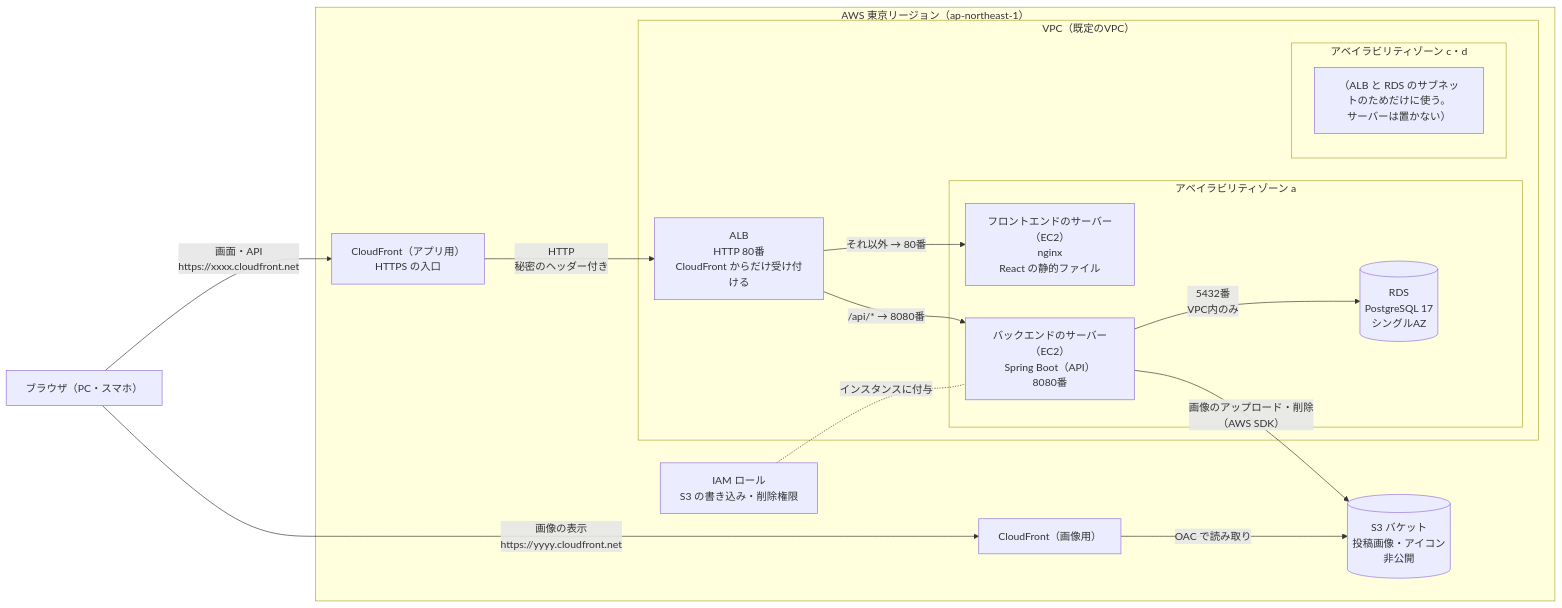
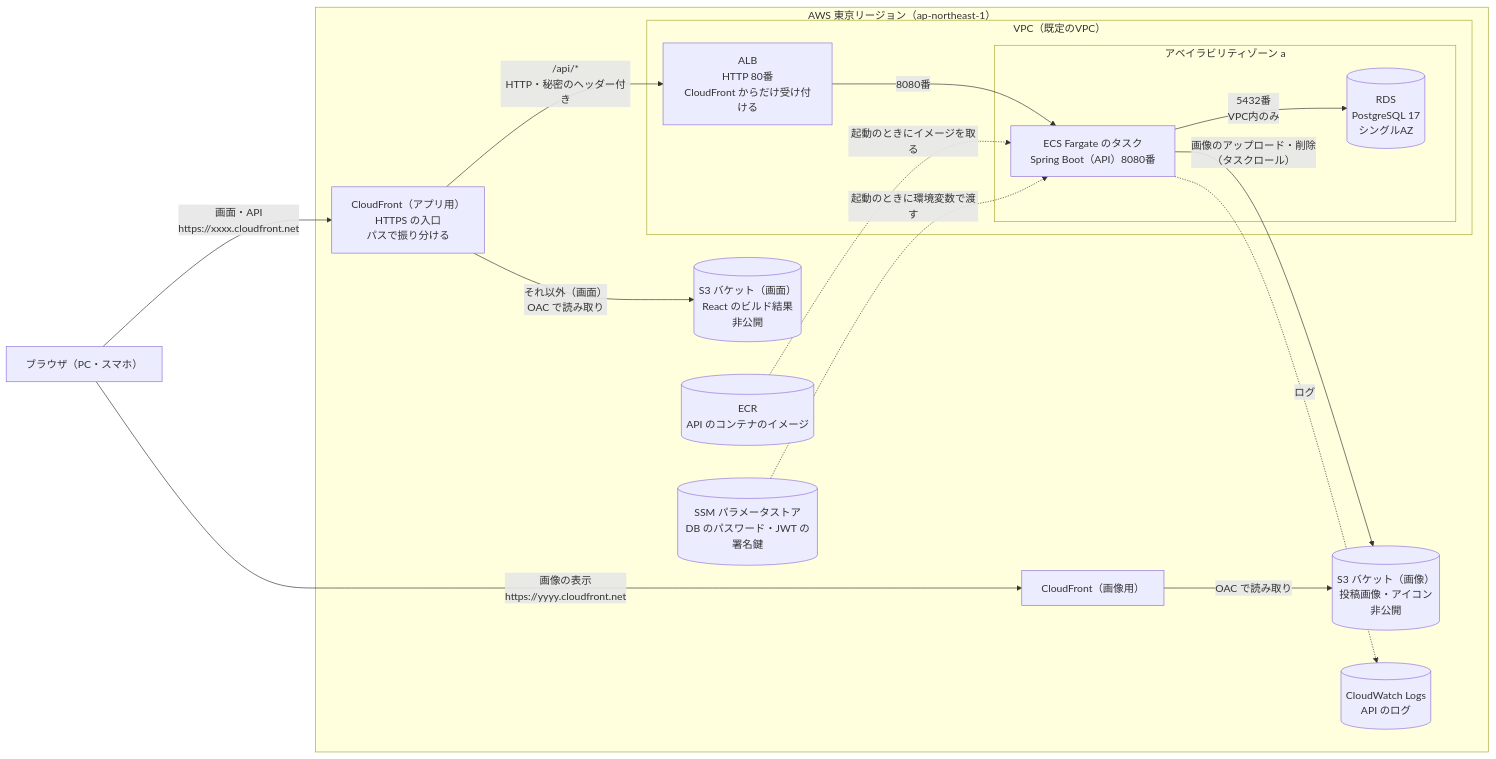
One commit to okky0908-prog/sns-app changed the diagram in docs/infrastructure.md. Above: the diagram before and after it, drawn with Mermaid. The commit also changed other lines of this file and 29 other files, not shown here.

First line of the commit message:
feat: インフラを EC2 なしの構成にする（画面は S3＋CloudFront、API は ECS Fargate）

````diff
--- a/docs/infrastructure.md
+++ b/docs/infrastructure.md
@@ -12,36 +12,35 @@
 ```mermaid
 flowchart LR
     Browser["ブラウザ（PC・スマホ）"]
 
     subgraph AWS["AWS 東京リージョン（ap-northeast-1）"]
-        CFApp["CloudFront（アプリ用）<br/>HTTPS の入口"]
+        CFApp["CloudFront（アプリ用）<br/>HTTPS の入口<br/>パスで振り分ける"]
         CFImg["CloudFront（画像用）"]
-        S3[("S3 バケット<br/>投稿画像・アイコン<br/>非公開")]
+        S3Front[("S3 バケット（画面）<br/>React のビルド結果<br/>非公開")]
+        S3Img[("S3 バケット（画像）<br/>投稿画像・アイコン<br/>非公開")]
+        ECR[("ECR<br/>API のコンテナのイメージ")]
+        SSM[("SSM パラメータストア<br/>DB のパスワード・JWT の署名鍵")]
+        Logs[("CloudWatch Logs<br/>API のログ")]
 
         subgraph VPC["VPC（既定のVPC）"]
             ALB["ALB<br/>HTTP 80番<br/>CloudFront からだけ受け付ける"]
 
             subgraph AZa["アベイラビリティゾーン a"]
-                FE["フロントエンドのサーバー（EC2）<br/>nginx<br/>React の静的ファイル"]
-                BE["バックエンドのサーバー（EC2）<br/>Spring Boot（API）<br/>8080番"]
+                Task["ECS Fargate のタスク<br/>Spring Boot（API）8080番"]
                 RDS[("RDS<br/>PostgreSQL 17<br/>シングルAZ")]
             end
-
-            subgraph AZc["アベイラビリティゾーン c・d"]
-                Spare["（ALB と RDS のサブネットのためだけに使う。<br/>サーバーは置かない）"]
-            end
         end
-
-        IAM["IAM ロール<br/>S3 の書き込み・削除権限"]
     end
 
     Browser -->|"画面・API<br/>https://xxxx.cloudfront.net"| CFApp
-    CFApp -->|"HTTP<br/>秘密のヘッダー付き"| ALB
-    ALB -->|"/api/* → 8080番"| BE
-    ALB -->|"それ以外 → 80番"| FE
-    BE -->|"5432番<br/>VPC内のみ"| RDS
-    BE -->|"画像のアップロード・削除<br/>（AWS SDK）"| S3
-    IAM -. "インスタンスに付与" .- BE
+    CFApp -->|"それ以外（画面）<br/>OAC で読み取り"| S3Front
+    CFApp -->|"/api/*<br/>HTTP・秘密のヘッダー付き"| ALB
+    ALB -->|"8080番"| Task
+    Task -->|"5432番<br/>VPC内のみ"| RDS
+    Task -->|"画像のアップロード・削除<br/>（タスクロール）"| S3Img
+    ECR -. "起動のときにイメージを取る" .-> Task
+    SSM -. "起動のときに環境変数で渡す" .-> Task
+    Task -. "ログ" .-> Logs
     Browser -->|"画像の表示<br/>https://yyyy.cloudfront.net"| CFImg
-    CFImg -->|"OAC で読み取り"| S3
+    CFImg -->|"OAC で読み取り"| S3Img
 ```
````
